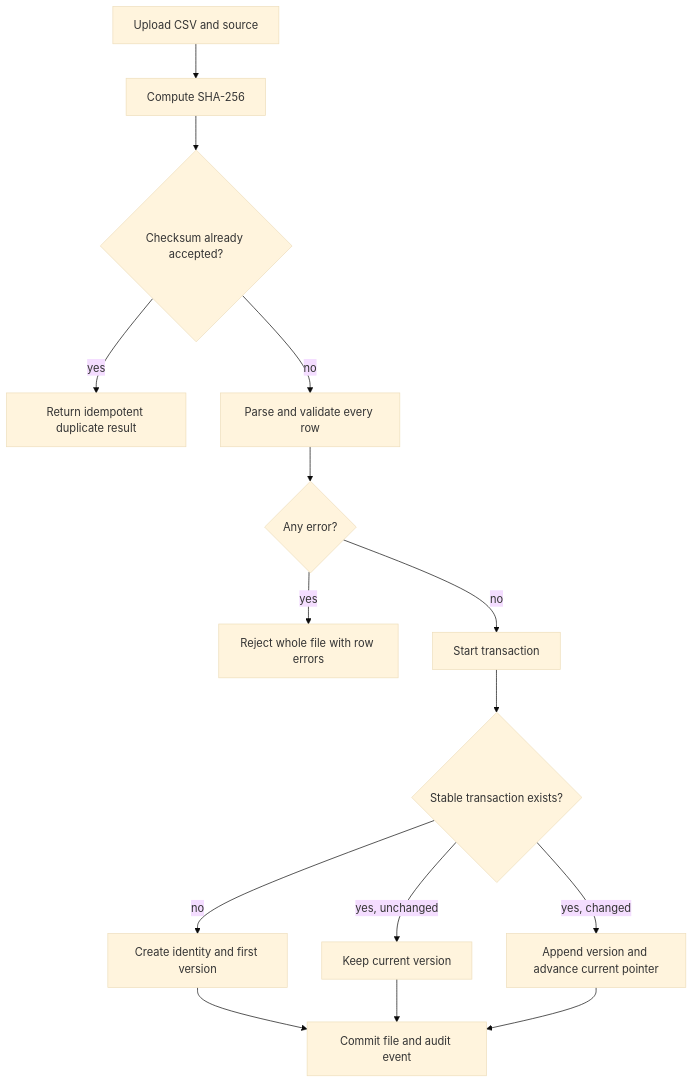
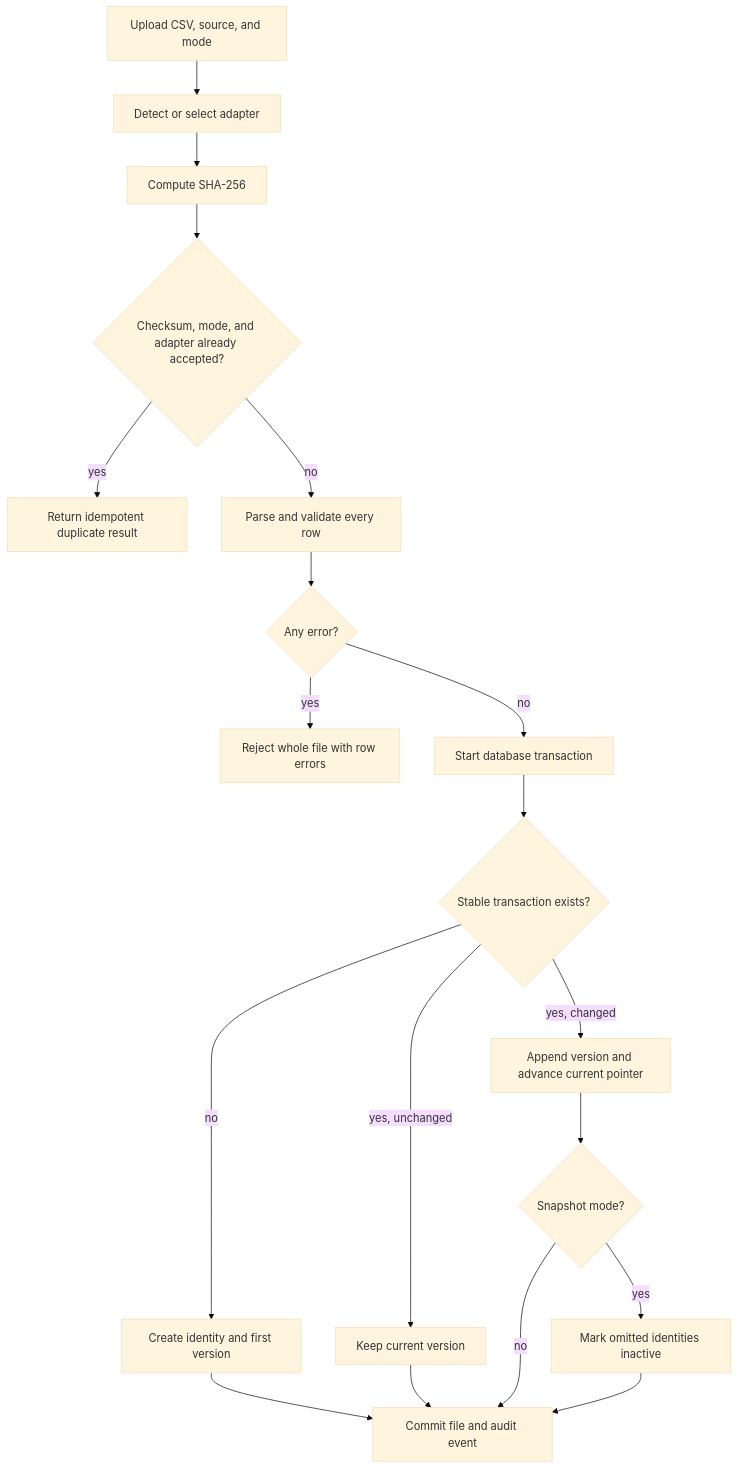
Before and after one commit to rajkunwar4/atlas-assignment: the third of 5 diagrams in docs/architecture.md, drawn with Mermaid (base theme). The commit also changed other lines of this file and 1 other file, not shown here.

Commit message:
docs: define shared postgres and review architecture

````diff
--- a/docs/architecture.md
+++ b/docs/architecture.md
@@ -44,17 +44,21 @@
 ```mermaid
 flowchart TD
-  U[Upload CSV and source] --> H[Compute SHA-256]
-  H --> D{Checksum already accepted?}
+  U[Upload CSV, source, and mode] --> H[Detect or select adapter]
+  H --> C[Compute SHA-256]
+  C --> D{Checksum, mode, and adapter already accepted?}
   D -->|yes| I[Return idempotent duplicate result]
   D -->|no| V[Parse and validate every row]
   V --> E{Any error?}
   E -->|yes| R[Reject whole file with row errors]
-  E -->|no| T[Start transaction]
-  T --> C{Stable transaction exists?}
-  C -->|no| A[Create identity and first version]
-  C -->|yes, unchanged| S[Keep current version]
-  C -->|yes, changed| X[Append version and advance current pointer]
+  E -->|no| T[Start database transaction]
+  T --> K{Stable transaction exists?}
+  K -->|no| A[Create identity and first version]
+  K -->|yes, unchanged| S[Keep current version]
+  K -->|yes, changed| X[Append version and advance current pointer]
   A --> M[Commit file and audit event]
   S --> M
-  X --> M
+  X --> Q{Snapshot mode?}
+  Q -->|yes| O[Mark omitted identities inactive]
+  Q -->|no| M
+  O --> M
 ```
````
